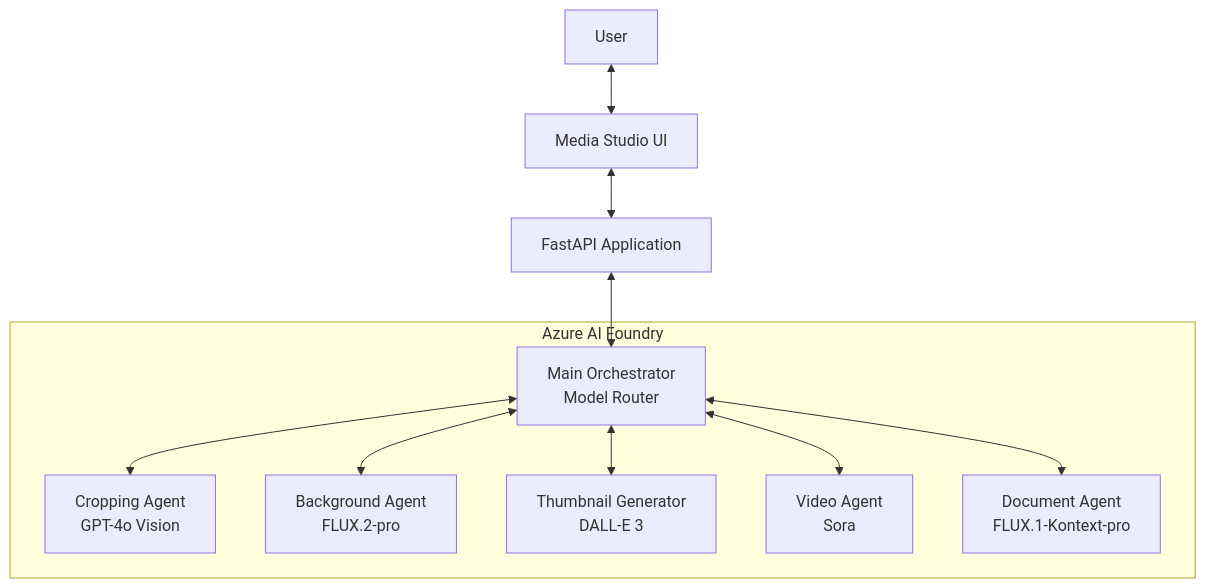
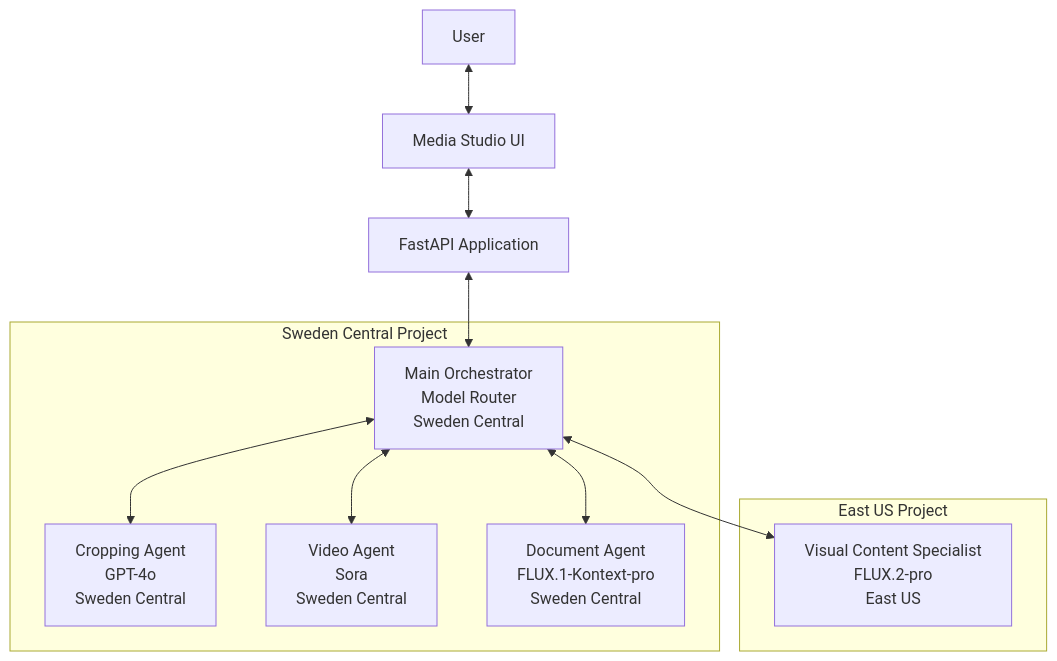
One commit to MicrosoftCloudEssentials-LearningHub/Agentic-AI-Media-Assistant changed the diagram in README.md. Above: the diagram before and after it, drawn with Mermaid. The commit also changed other lines of this file and 6 other files, not shown here.

````diff
--- a/README.md
+++ b/README.md
@@ -105,21 +110,22 @@
 ```mermaid
 graph TD
     User[User] <--> UI[Media Studio UI]
     UI <--> App[FastAPI Application]
-    App <--> Orchestrator[Main Orchestrator<br/>Model Router]
+    App <--> Orchestrator[Main Orchestrator<br/>Model Router<br/>Sweden Central]
     
-    Orchestrator <--> Crop[Cropping Agent<br/>GPT-4o Vision]
-    Orchestrator <--> BG[Background Agent<br/>FLUX.2-pro]
-    Orchestrator <--> Thumb[Thumbnail Generator<br/>DALL-E 3]
-    Orchestrator <--> Video[Video Agent<br/>Sora]
-    Orchestrator <--> Doc[Document Agent<br/>FLUX.1-Kontext-pro]
+    Orchestrator <--> Crop[Cropping Agent<br/>GPT-4o<br/>Sweden Central]
+    Orchestrator <--> Visual[Visual Content Specialist<br/>FLUX.2-pro<br/>East US]
+    Orchestrator <--> Video[Video Agent<br/>Sora<br/>Sweden Central]
+    Orchestrator <--> Doc[Document Agent<br/>FLUX.1-Kontext-pro<br/>Sweden Central]
     
-    subgraph "Azure AI Foundry"
+    subgraph "Sweden Central Project"
         Orchestrator
         Crop
-        BG
-        Thumb
         Video
         Doc
     end
+    
+    subgraph "East US Project"
+        Visual
+    end
 ```
````
